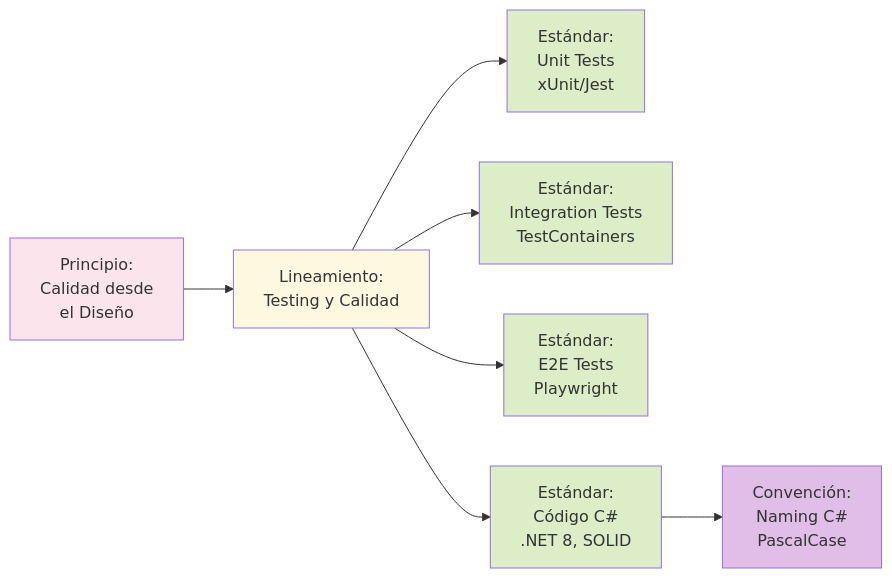
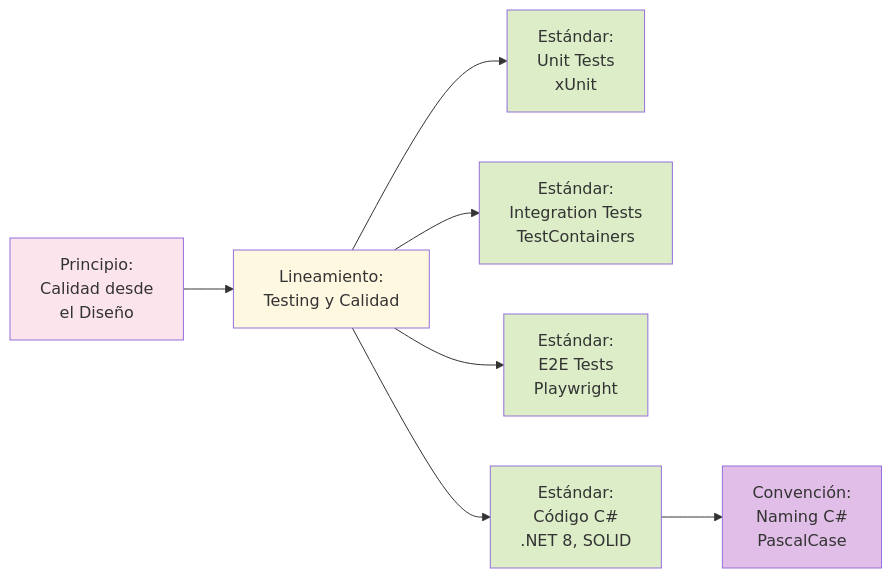
Before and after one commit to jclemente-tlm/tlm-doc-architecture: the fourth of 7 diagrams in docs/fundamentos-corporativos/MATRIZ-TRAZABILIDAD.md, drawn with Mermaid. The commit also changed other lines of this file and 45 other files, not shown here.

````diff
--- a/docs/fundamentos-corporativos/MATRIZ-TRAZABILIDAD.md
+++ b/docs/fundamentos-corporativos/MATRIZ-TRAZABILIDAD.md
@@ -93,17 +93,17 @@
 ```mermaid
 graph LR
     P3[Principio:<br/>Calidad desde<br/>el Diseño] --> L3[Lineamiento:<br/>Testing y Calidad]
-    L3 --> E5[Estándar:<br/>Unit Tests<br/>xUnit/Jest]
+    L3 --> E5[Estándar:<br/>Unit Tests<br/>xUnit]
     L3 --> E6[Estándar:<br/>Integration Tests<br/>TestContainers]
     L3 --> E7[Estándar:<br/>E2E Tests<br/>Playwright]
     L3 --> E8[Estándar:<br/>Código C#<br/>.NET 8, SOLID]
     E8 --> C5[Convención:<br/>Naming C#<br/>PascalCase]
-    
+
     style P3 fill:#fce4ec
     style L3 fill:#fff8e1
     style E5 fill:#dcedc8
     style E6 fill:#dcedc8
     style E7 fill:#dcedc8
     style E8 fill:#dcedc8
     style C5 fill:#e1bee7
 ```
````
